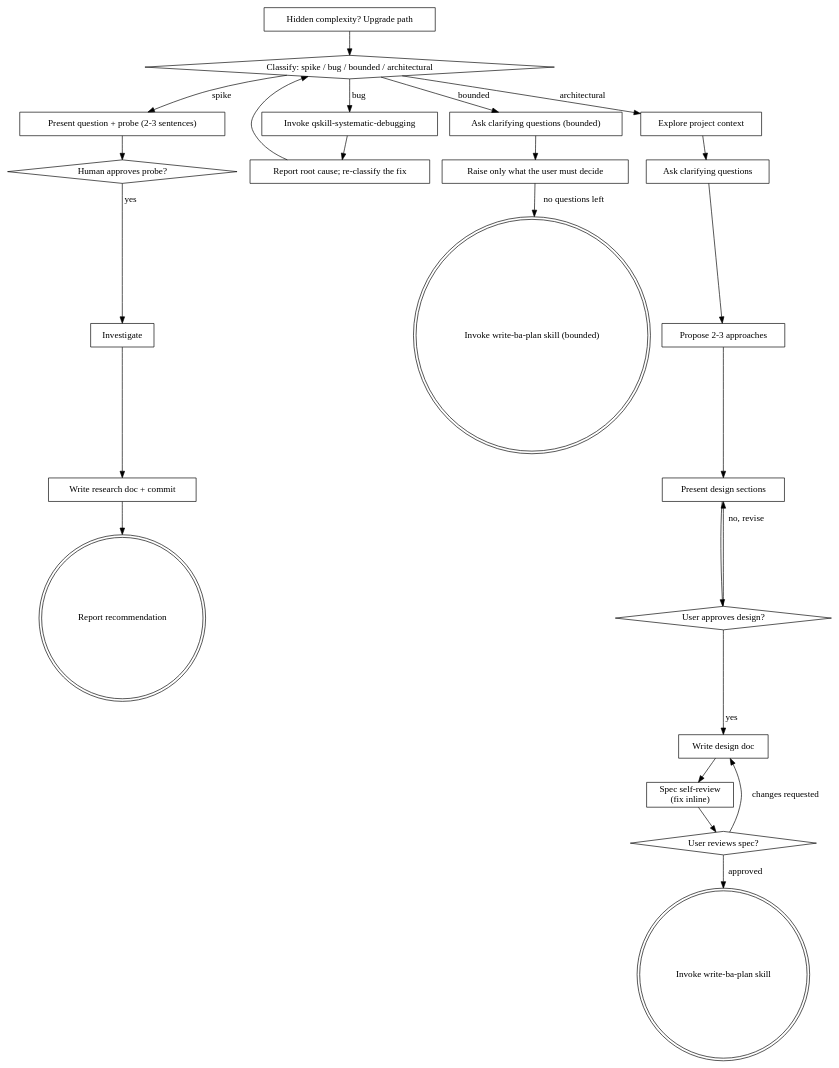
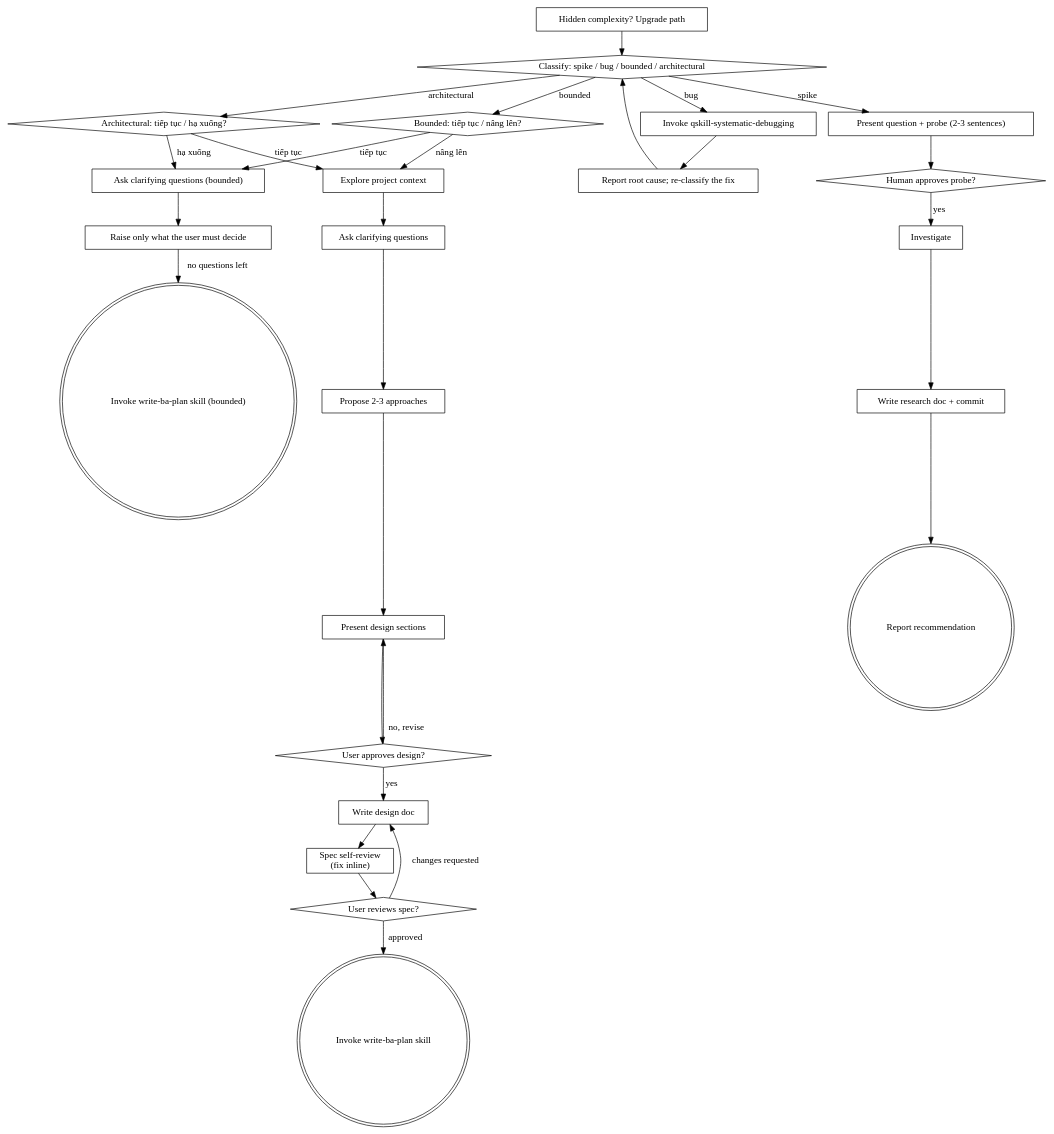
Before and after one commit to nguyenhoangquan1511-dot/agent-skill: the diagram in skills/qskill-brainstorming/SKILL.md, drawn with Graphviz. The commit also changed other lines of this file and 2 other files, not shown here.

First line of the commit message:
[chore-2026-09-10] Require user confirmation of the bounded/architectural call

````diff
--- a/skills/qskill-brainstorming/SKILL.md
+++ b/skills/qskill-brainstorming/SKILL.md
@@ -198,49 +232,55 @@
 ```dot
 digraph brainstorming {
     "Classify: spike / bug / bounded / architectural" [shape=diamond];
+    "Bounded: tiếp tục / nâng lên?" [shape=diamond];
+    "Architectural: tiếp tục / hạ xuống?" [shape=diamond];
     "Invoke qskill-systematic-debugging" [shape=box];
     "Report root cause; re-classify the fix" [shape=box];
     "Present question + probe (2-3 sentences)" [shape=box];
     "Ask clarifying questions (bounded)" [shape=box];
     "Raise only what the user must decide" [shape=box];
     "Invoke write-ba-plan skill (bounded)" [shape=doublecircle];
     "Human approves probe?" [shape=diamond];
     "Investigate" [shape=box];
     "Write research doc + commit" [shape=box];
     "Report recommendation" [shape=doublecircle];
     "Explore project context" [shape=box];
     "Ask clarifying questions" [shape=box];
     "Propose 2-3 approaches" [shape=box];
     "Present design sections" [shape=box];
     "User approves design?" [shape=diamond];
     "Write design doc" [shape=box];
     "Spec self-review\n(fix inline)" [shape=box];
     "User reviews spec?" [shape=diamond];
     "Invoke write-ba-plan skill" [shape=doublecircle];
     "Hidden complexity? Upgrade path" [shape=box];
 
     "Classify: spike / bug / bounded / architectural" -> "Present question + probe (2-3 sentences)" [label="spike"];
     "Classify: spike / bug / bounded / architectural" -> "Invoke qskill-systematic-debugging" [label="bug"];
-    "Classify: spike / bug / bounded / architectural" -> "Ask clarifying questions (bounded)" [label="bounded"];
-    "Classify: spike / bug / bounded / architectural" -> "Explore project context" [label="architectural"];
+    "Classify: spike / bug / bounded / architectural" -> "Bounded: tiếp tục / nâng lên?" [label="bounded"];
+    "Classify: spike / bug / bounded / architectural" -> "Architectural: tiếp tục / hạ xuống?" [label="architectural"];
+    "Bounded: tiếp tục / nâng lên?" -> "Ask clarifying questions (bounded)" [label="tiếp tục"];
+    "Bounded: tiếp tục / nâng lên?" -> "Explore project context" [label="nâng lên"];
+    "Architectural: tiếp tục / hạ xuống?" -> "Explore project context" [label="tiếp tục"];
+    "Architectural: tiếp tục / hạ xuống?" -> "Ask clarifying questions (bounded)" [label="hạ xuống"];
     "Invoke qskill-systematic-debugging" -> "Report root cause; re-classify the fix";
     "Report root cause; re-classify the fix" -> "Classify: spike / bug / bounded / architectural";
     "Present question + probe (2-3 sentences)" -> "Human approves probe?";
     "Ask clarifying questions (bounded)" -> "Raise only what the user must decide";
     "Raise only what the user must decide" -> "Invoke write-ba-plan skill (bounded)" [label="no questions left"];
     "Human approves probe?" -> "Investigate" [label="yes"];
     "Investigate" -> "Write research doc + commit";
     "Write research doc + commit" -> "Report recommendation";
     "Hidden complexity? Upgrade path" -> "Classify: spike / bug / bounded / architectural";
     "Explore project context" -> "Ask clarifying questions";
     "Ask clarifying questions" -> "Propose 2-3 approaches";
     "Propose 2-3 approaches" -> "Present design sections";
     "Present design sections" -> "User approves design?";
     "User approves design?" -> "Present design sections" [label="no, revise"];
     "User approves design?" -> "Write design doc" [label="yes"];
     "Write design doc" -> "Spec self-review\n(fix inline)";
     "Spec self-review\n(fix inline)" -> "User reviews spec?";
     "User reviews spec?" -> "Write design doc" [label="changes requested"];
     "User reviews spec?" -> "Invoke write-ba-plan skill" [label="approved"];
 }
 ```
````
